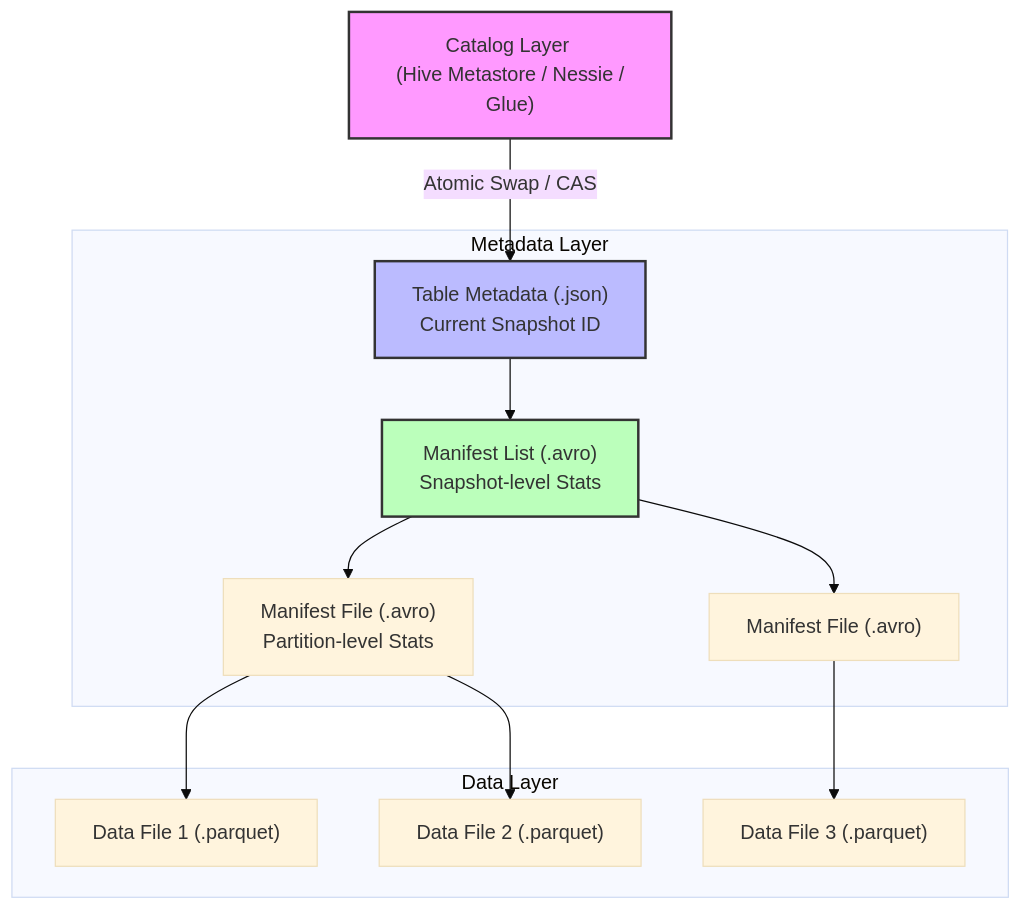
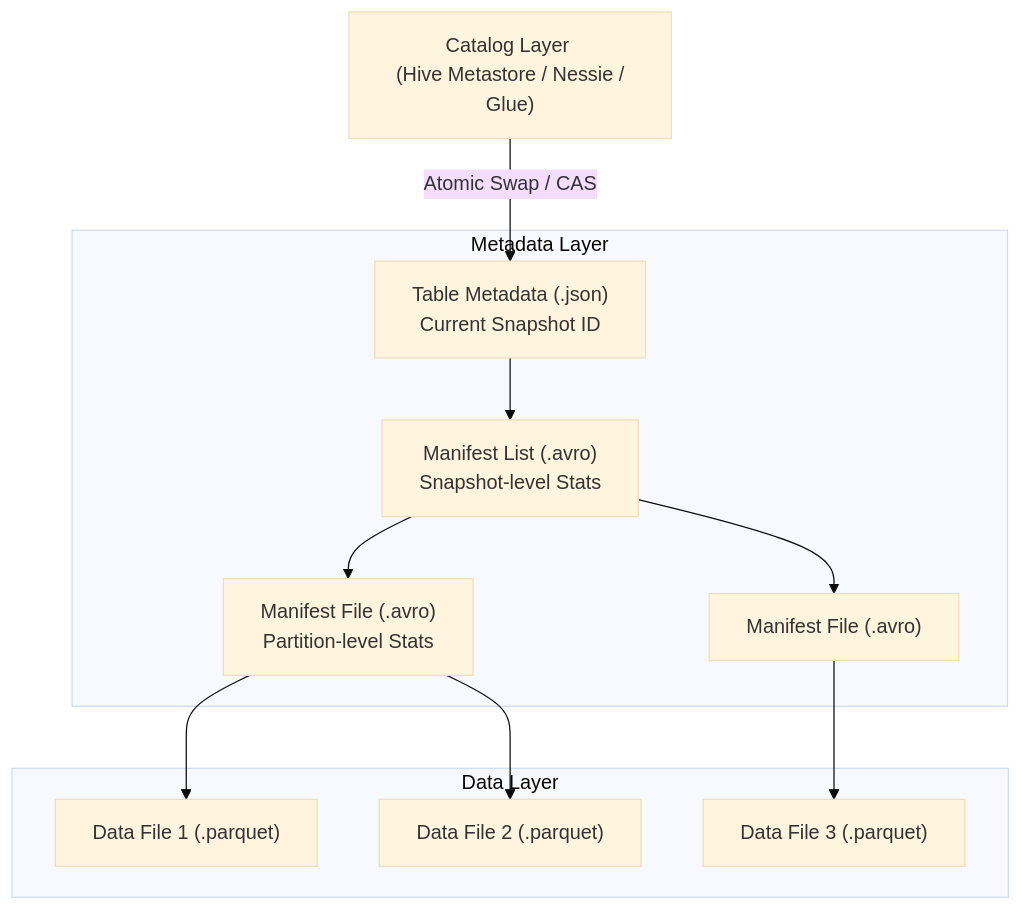
Before and after one commit to kythuatdulieu/kythuatdulieu.github.io: the diagram in src/content/docs/concepts/3-storage-engines-formats/iceberg-snapshot-isolation.md, drawn with Mermaid (base theme). The commit also changed 682 other files, not shown here.

````diff
--- a/src/content/docs/concepts/3-storage-engines-formats/iceberg-snapshot-isolation.md
+++ b/src/content/docs/concepts/3-storage-engines-formats/iceberg-snapshot-isolation.md
@@ -26,20 +26,19 @@
 ```mermaid
 graph TD
     A["Catalog Layer <br> (Hive Metastore / Nessie / Glue)"] -->|Atomic Swap / CAS| B["Table Metadata (.json) <br> Current Snapshot ID"]
     
     subgraph Metadata Layer
         B --> C["Manifest List (.avro) <br> Snapshot-level Stats"]
         C --> D["Manifest File (.avro) <br> Partition-level Stats"]
         C --> E["Manifest File (.avro)"]
     end
     
     subgraph Data Layer
         D --> F["Data File 1 (.parquet)"]
         D --> G["Data File 2 (.parquet)"]
         E --> H["Data File 3 (.parquet)"]
     end
-    
-    style A fill:#f9f,stroke:#333,stroke-width:2px
-    style B fill:#bbf,stroke:#333,stroke-width:2px
-    style C fill:#bfb,stroke:#333,stroke-width:2px
+
+
+
 ```
````
